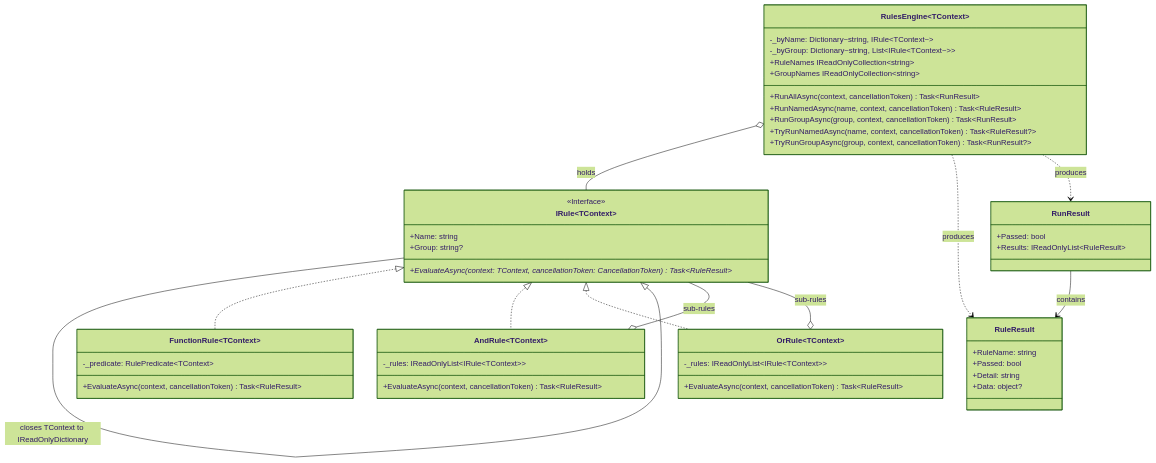
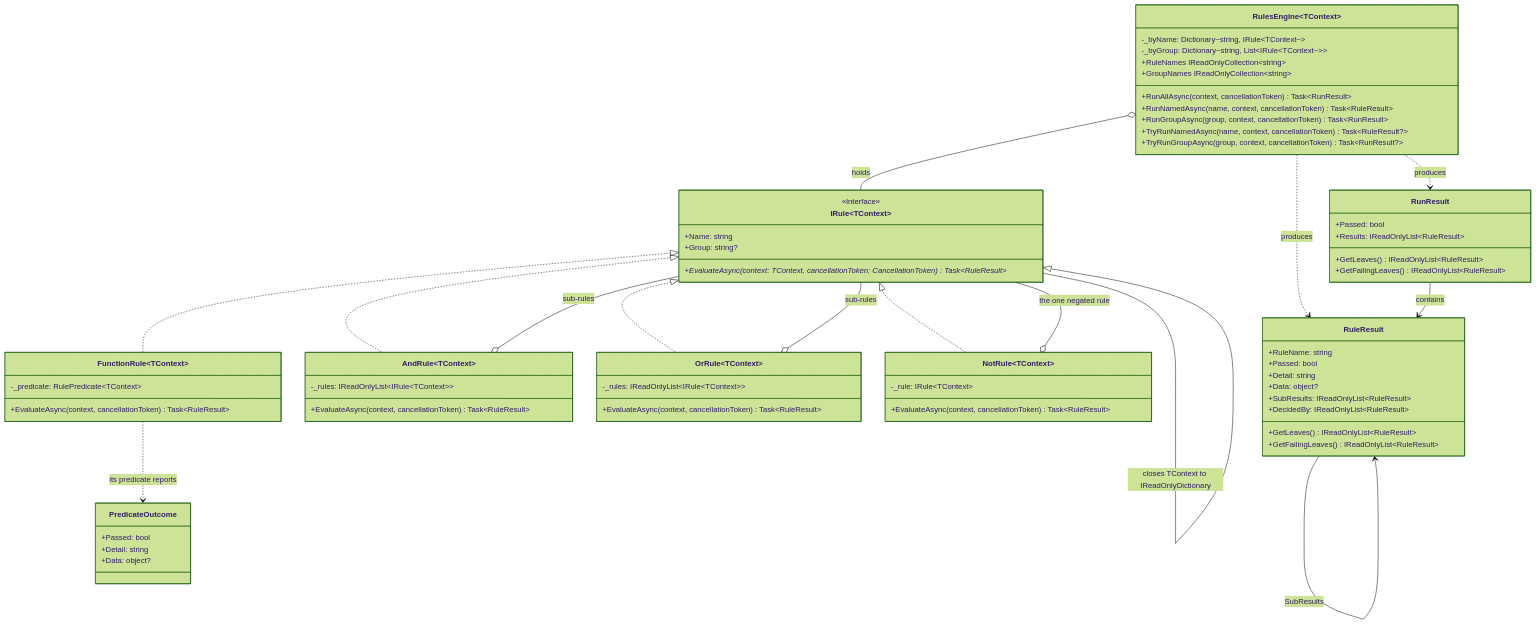
The diagram in docs/architecture/csharp.md (pawan-vyas/verdict-rules), drawn with Mermaid (forest theme) before and after one commit. The commit also changed other lines of this file and 3 other files, not shown here.

````diff
--- a/docs/architecture/csharp.md
+++ b/docs/architecture/csharp.md
@@ -40,56 +40,75 @@
 ```mermaid
 classDiagram
     class `IRule~TContext~` {
         <<Interface>>
         +Name: string
         +Group: string?
         +EvaluateAsync(context: TContext, cancellationToken: CancellationToken)* Task~RuleResult~
     }
     class IRule {
         <<Interface>>
     }
+    class PredicateOutcome {
+        +Passed: bool
+        +Detail: string
+        +Data: object?
+    }
     class `FunctionRule~TContext~` {
         -_predicate: RulePredicate~TContext~
         +EvaluateAsync(context, cancellationToken) Task~RuleResult~
     }
     class `AndRule~TContext~` {
         -_rules: IReadOnlyList~IRule~TContext~~
         +EvaluateAsync(context, cancellationToken) Task~RuleResult~
     }
     class `OrRule~TContext~` {
         -_rules: IReadOnlyList~IRule~TContext~~
+        +EvaluateAsync(context, cancellationToken) Task~RuleResult~
+    }
+    class `NotRule~TContext~` {
+        -_rule: IRule~TContext~
         +EvaluateAsync(context, cancellationToken) Task~RuleResult~
     }
     class `RulesEngine~TContext~` {
         -_byName: Dictionary~string, IRule~TContext~~
         -_byGroup: Dictionary~string, List~IRule~TContext~~~
         +RunAllAsync(context, cancellationToken) Task~RunResult~
         +RunNamedAsync(name, context, cancellationToken) Task~RuleResult~
         +RunGroupAsync(group, context, cancellationToken) Task~RunResult~
         +TryRunNamedAsync(name, context, cancellationToken) Task~RuleResult?~
         +TryRunGroupAsync(group, context, cancellationToken) Task~RunResult?~
         +RuleNames IReadOnlyCollection~string~
         +GroupNames IReadOnlyCollection~string~
     }
     class RuleResult {
         +RuleName: string
         +Passed: bool
         +Detail: string
         +Data: object?
+        +SubResults: IReadOnlyList~RuleResult~
+        +DecidedBy: IReadOnlyList~RuleResult~
+        +GetLeaves() IReadOnlyList~RuleResult~
+        +GetFailingLeaves() IReadOnlyList~RuleResult~
     }
     class RunResult {
         +Passed: bool
         +Results: IReadOnlyList~RuleResult~
+        +GetLeaves() IReadOnlyList~RuleResult~
+        +GetFailingLeaves() IReadOnlyList~RuleResult~
     }
 
     IRule --|> `IRule~TContext~` : closes TContext to IReadOnlyDictionary
     `IRule~TContext~` <|.. `FunctionRule~TContext~`
     `IRule~TContext~` <|.. `AndRule~TContext~`
     `IRule~TContext~` <|.. `OrRule~TContext~`
+    `IRule~TContext~` <|.. `NotRule~TContext~`
+    `FunctionRule~TContext~` ..> PredicateOutcome : its predicate reports
     `AndRule~TContext~` o-- `IRule~TContext~` : sub-rules
     `OrRule~TContext~` o-- `IRule~TContext~` : sub-rules
+    `NotRule~TContext~` o-- `IRule~TContext~` : the one negated rule
     `RulesEngine~TContext~` o-- `IRule~TContext~` : holds
     `RulesEngine~TContext~` ..> RuleResult : produces
     `RulesEngine~TContext~` ..> RunResult : produces
     RunResult --> RuleResult : contains
+    RuleResult --> RuleResult : SubResults
 ```
````
